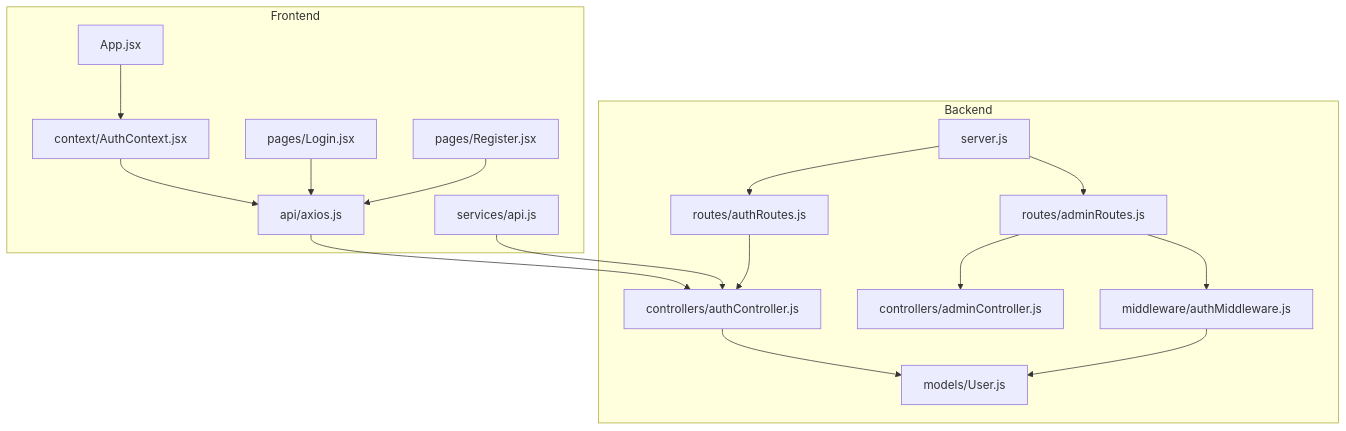
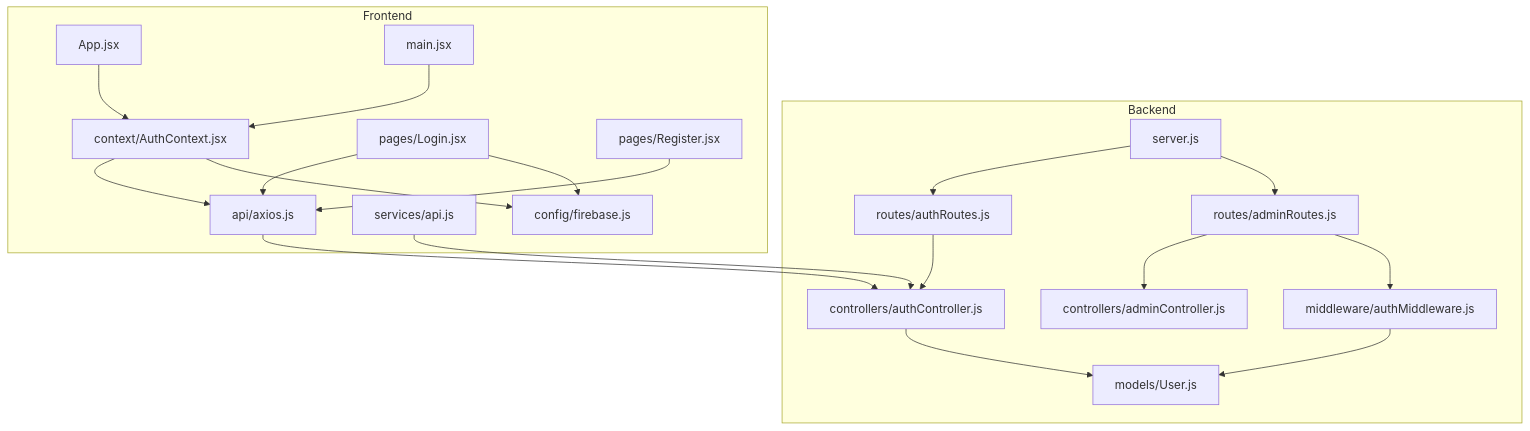
One commit to Pavan-PSPK9032/TrendsandToss changed the first of 7 diagrams in .qoder/repowiki/en/content/Authentication & Authorization/Authentication & Authorization.md. Above: the diagram before and after it, drawn with Mermaid. The commit also changed other lines of this file and 5 other files, not shown here.

````diff
--- a/.qoder/repowiki/en/content/Authentication & Authorization/Authentication & Authorization.md
+++ b/.qoder/repowiki/en/content/Authentication & Authorization/Authentication & Authorization.md
@@ -41,31 +51,36 @@
 ```mermaid
 graph TB
 subgraph "Backend"
 S["server.js"]
 AR["routes/authRoutes.js"]
 ADMR["routes/adminRoutes.js"]
 AC["controllers/authController.js"]
 ADMC["controllers/adminController.js"]
 AMW["middleware/authMiddleware.js"]
 UM["models/User.js"]
 end
 subgraph "Frontend"
 AX["api/axios.js"]
 SVC["services/api.js"]
 CTX["context/AuthContext.jsx"]
 LG["pages/Login.jsx"]
 RG["pages/Register.jsx"]
 APP["App.jsx"]
+FC["config/firebase.js"]
+MAIN["main.jsx"]
 end
 S --> AR --> AC
 S --> ADMR --> ADMC
 ADMR --> AMW
 AC --> UM
 AMW --> UM
 AX --> AC
 SVC --> AC
 CTX --> AX
+CTX --> FC
 LG --> AX
+LG --> FC
 RG --> AX
 APP --> CTX
+MAIN --> CTX
 ```
````
